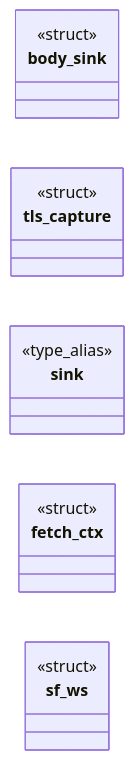
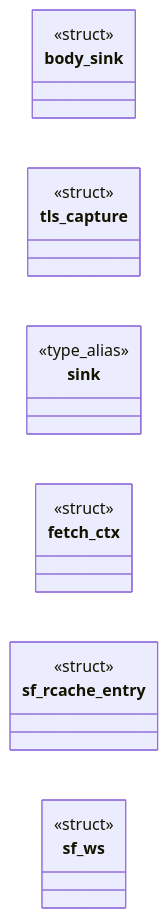
One commit to grisuno/FreeDom changed the first of 2 diagrams in readmenator-apidocs/modules/src.secure_fetch.c.md. Above: the diagram before and after it, drawn with Mermaid. The commit also changed other lines of this file and 169 other files, not shown here.

````diff
--- a/readmenator-apidocs/modules/src.secure_fetch.c.md
+++ b/readmenator-apidocs/modules/src.secure_fetch.c.md
@@ -14,14 +14,16 @@
 ```mermaid
 classDiagram
     direction LR
     class body_sink
     <<struct>> body_sink
     class tls_capture
     <<struct>> tls_capture
     class sink
     <<type_alias>> sink
     class fetch_ctx
     <<struct>> fetch_ctx
+    class sf_rcache_entry
+    <<struct>> sf_rcache_entry
     class sf_ws
     <<struct>> sf_ws
 ```
````
